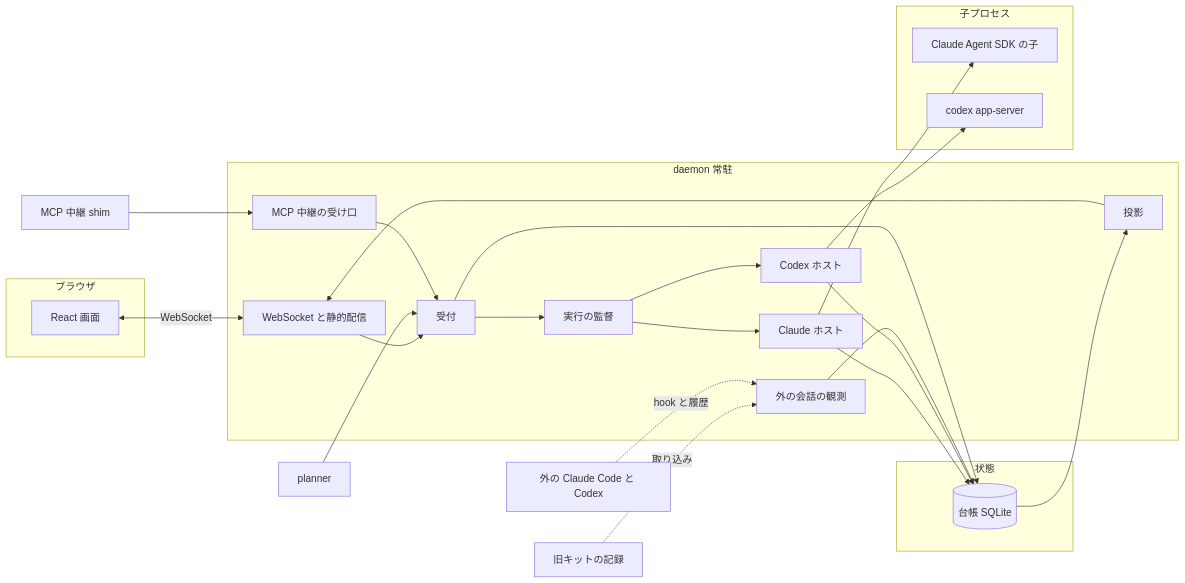
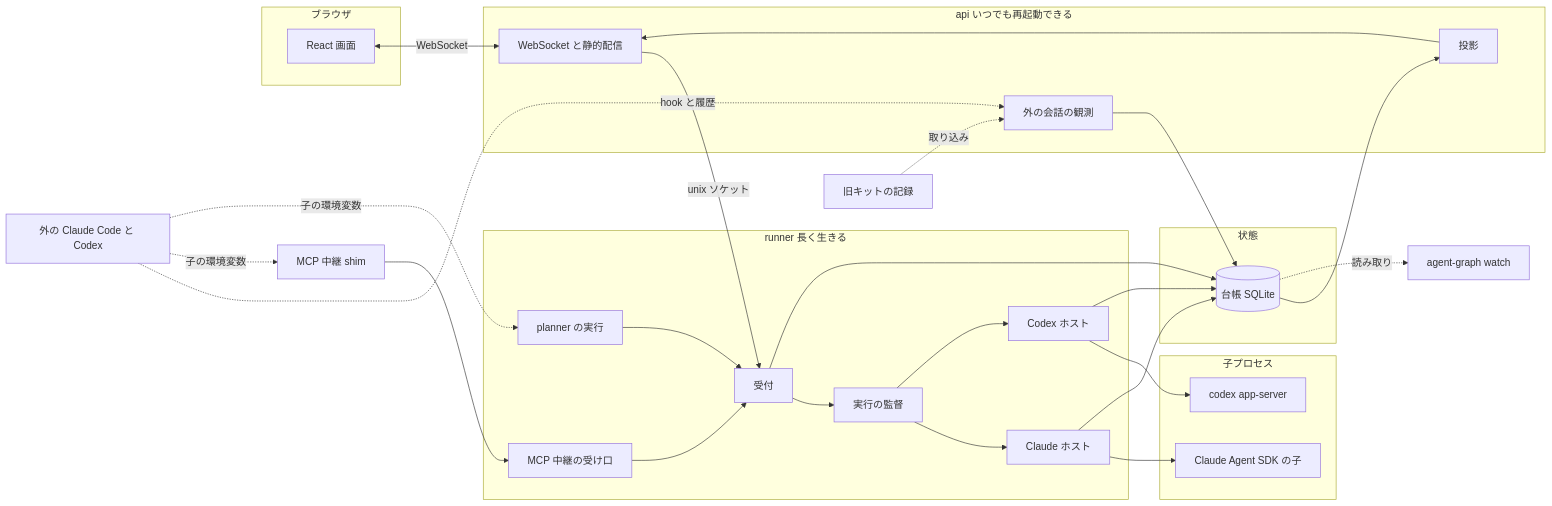
Before and after one commit to ryomac5/agent-graph: the diagram in docs/agents/architecture-v2.md, drawn with Mermaid. The commit also changed other lines of this file, not shown here.

Commit message:
agent(D2): 設計書を 6 点について改訂する

````diff
--- a/docs/agents/architecture-v2.md
+++ b/docs/agents/architecture-v2.md
@@ -143,46 +156,53 @@
 ```mermaid
 flowchart LR
   subgraph browser[ブラウザ]
     UI[React 画面]
   end
 
-  subgraph daemon[daemon 常駐]
+  subgraph api[api いつでも再起動できる]
     WS[WebSocket と静的配信]
+    OBS[外の会話の観測]
+    PRJ[投影]
+  end
+
+  subgraph runner[runner 長く生きる]
     INT[受付]
+    PLN[planner の実行]
     SUP[実行の監督]
     HC[Claude ホスト]
     HX[Codex ホスト]
-    OBS[外の会話の観測]
-    PRJ[投影]
     MCP[MCP 中継の受け口]
   end
 
   subgraph store[状態]
     LED[(台帳 SQLite)]
   end
 
   subgraph children[子プロセス]
     CC[Claude Agent SDK の子]
     CS[codex app-server]
   end
 
   EXT[外の Claude Code と Codex]
   SHIM[MCP 中継 shim]
-  PL[planner]
+  WCH[agent-graph watch]
   KIT[旧キットの記録]
 
   UI <-- WebSocket --> WS
-  WS --> INT
-  PL --> INT
+  WS -- unix ソケット --> INT
+  PLN --> INT
   SHIM --> MCP --> INT
   KIT -. 取り込み .-> OBS
   INT --> SUP
   SUP --> HC --> CC
   SUP --> HX --> CS
   HC --> LED
   HX --> LED
+  INT --> LED
   OBS --> LED
-  INT --> LED
   LED --> PRJ --> WS
+  LED -. 読み取り .-> WCH
   EXT -. hook と履歴 .-> OBS
+  EXT -. 子の環境変数 .-> SHIM
+  EXT -. 子の環境変数 .-> PLN
 ```
````
